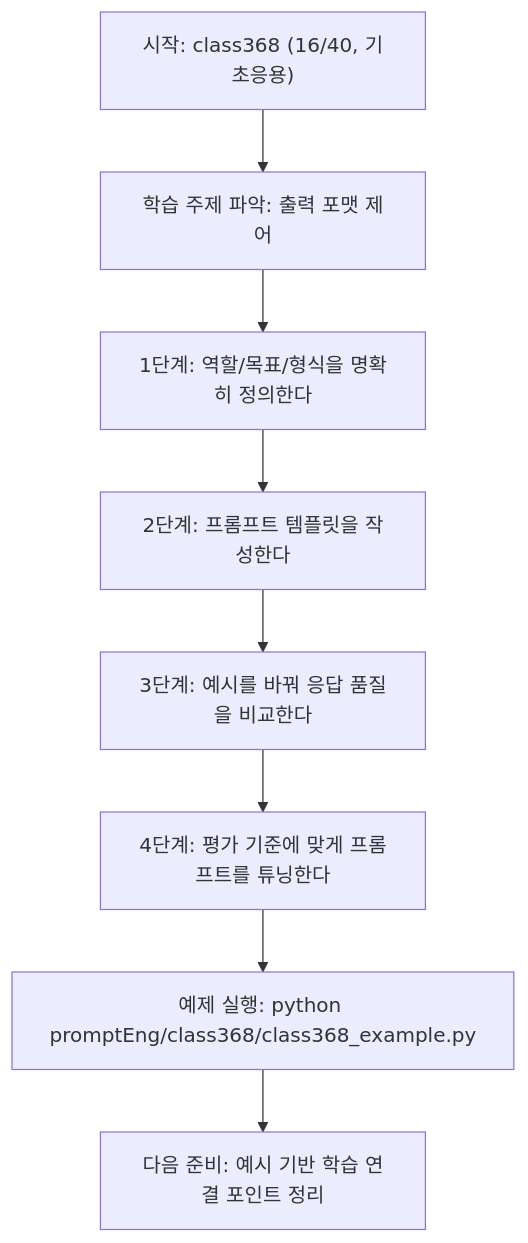
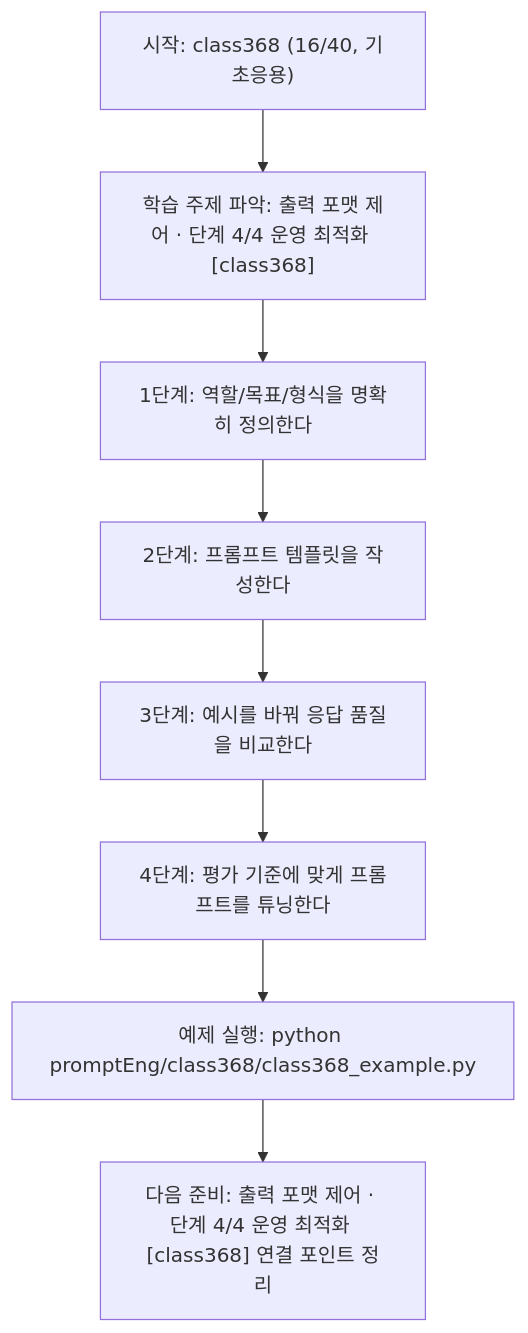
One commit to edumgt/Python-AI_Agent-Class changed the diagram in promptEng/class368/class368.md. Above: the diagram before and after it, drawn with Mermaid. The commit also changed other lines of this file and 522 other files, not shown here.

````diff
--- a/promptEng/class368/class368.md
+++ b/promptEng/class368/class368.md
@@ -109,18 +110,18 @@
 ```mermaid
 flowchart TD
 N1["시작: class368 (16/40, 기초응용)"]
-N2["학습 주제 파악: 출력 포맷 제어"]
+N2["학습 주제 파악: 출력 포맷 제어 · 단계 4/4 운영 최적화 [class368]"]
 N3["1단계: 역할/목표/형식을 명확히 정의한다"]
 N4["2단계: 프롬프트 템플릿을 작성한다"]
 N5["3단계: 예시를 바꿔 응답 품질을 비교한다"]
 N6["4단계: 평가 기준에 맞게 프롬프트를 튜닝한다"]
 N7["예제 실행: python promptEng/class368/class368_example.py"]
-N8["다음 준비: 예시 기반 학습 연결 포인트 정리"]
+N8["다음 준비: 출력 포맷 제어 · 단계 4/4 운영 최적화 [class368] 연결 포인트 정리"]
 N1 --> N2
 N2 --> N3
 N3 --> N4
 N4 --> N5
 N5 --> N6
 N6 --> N7
 N7 --> N8
 ```
````
